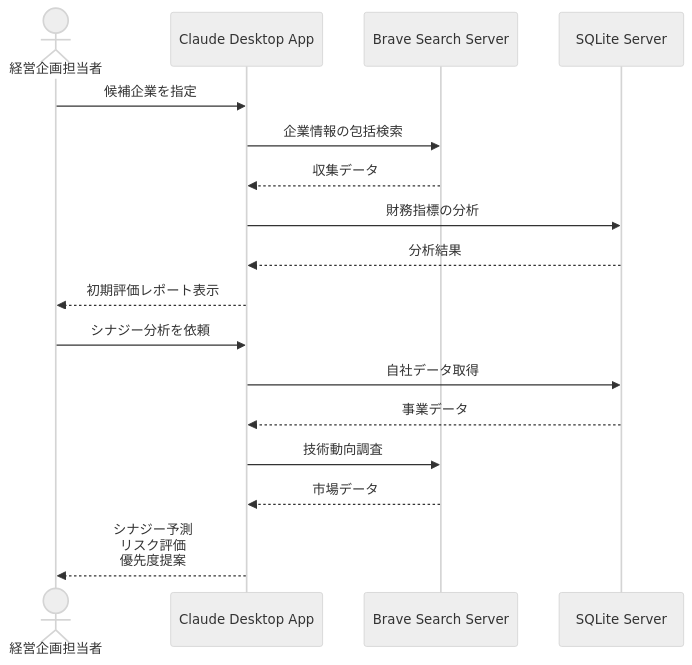
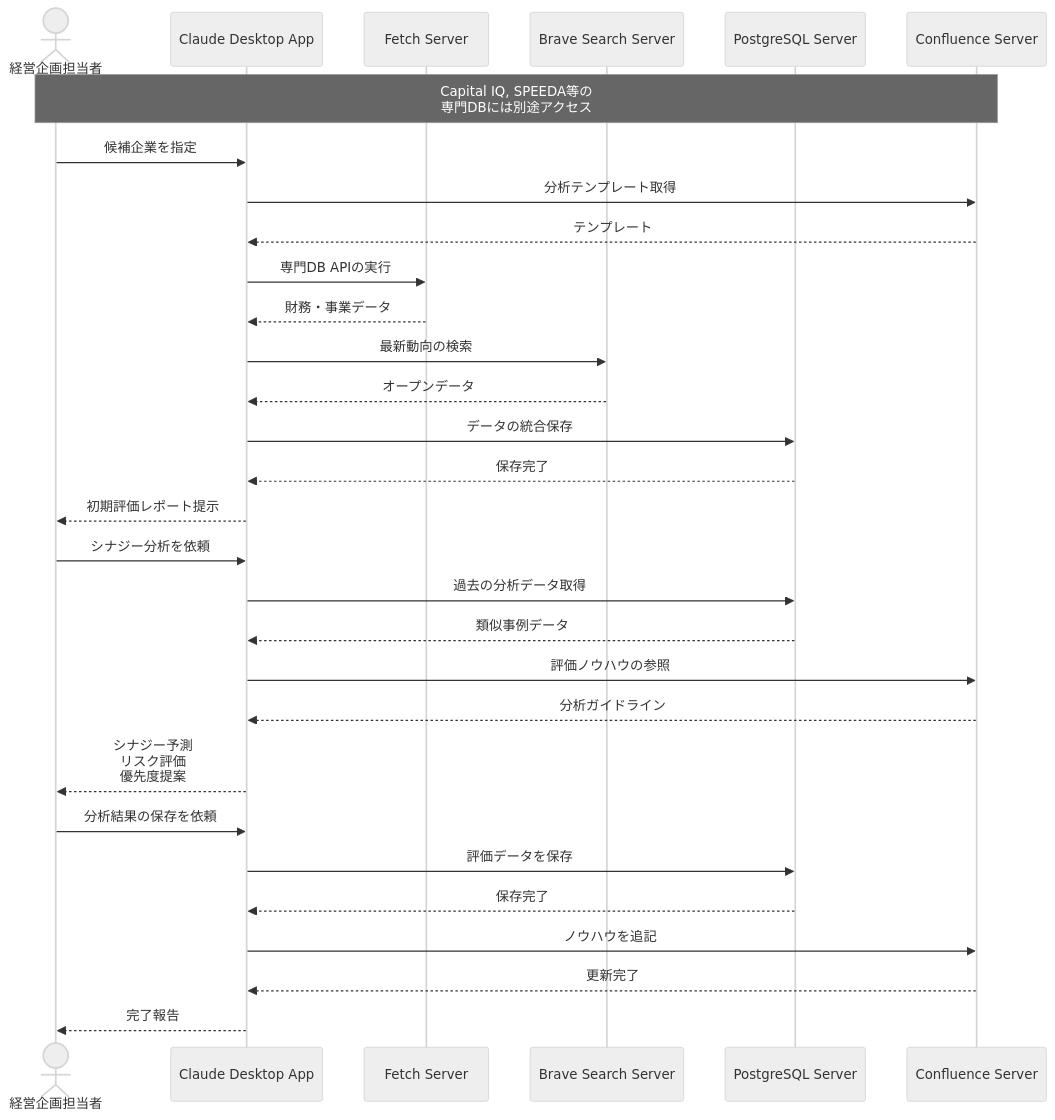
One commit to po-shu/mcp-100-ideas changed the diagram in docs/07_経営・企画/M&A候補企業の分析を効率化する.md. Above: the diagram before and after it, drawn with Mermaid (neutral theme). The commit also changed other lines of this file and 2 other files, not shown here.

Commit message:
docs: 02,07 stop!! hallucination, 07 in progress

````diff
--- a/docs/07_経営・企画/M&A候補企業の分析を効率化する.md
+++ b/docs/07_経営・企画/M&A候補企業の分析を効率化する.md
@@ -16,21 +18,36 @@
 ```mermaid
 sequenceDiagram
     actor User as 経営企画担当者
     participant MCP as Claude Desktop App
+    participant Fetch as Fetch Server
     participant Brave as Brave Search Server
-    participant DB as SQLite Server
+    participant DB as PostgreSQL Server
+    participant Wiki as Confluence Server
+
+    note over User,Wiki: Capital IQ, SPEEDA等の<br>専門DBには別途アクセス
 
     User->>MCP: 候補企業を指定
-    MCP->>Brave: 企業情報の包括検索
-    Brave-->>MCP: 収集データ
-    MCP->>DB: 財務指標の分析
-    DB-->>MCP: 分析結果
-    MCP-->>User: 初期評価レポート表示
+    MCP->>Wiki: 分析テンプレート取得
+    Wiki-->>MCP: テンプレート
+    MCP->>Fetch: 専門DB APIの実行
+    Fetch-->>MCP: 財務・事業データ
+    MCP->>Brave: 最新動向の検索
+    Brave-->>MCP: オープンデータ
+    MCP->>DB: データの統合保存
+    DB-->>MCP: 保存完了
+    MCP-->>User: 初期評価レポート提示
 
     User->>MCP: シナジー分析を依頼
-    MCP->>DB: 自社データ取得
-    DB-->>MCP: 事業データ
-    MCP->>Brave: 技術動向調査
-    Brave-->>MCP: 市場データ
+    MCP->>DB: 過去の分析データ取得
+    DB-->>MCP: 類似事例データ
+    MCP->>Wiki: 評価ノウハウの参照
+    Wiki-->>MCP: 分析ガイドライン
     MCP-->>User: シナジー予測<br>リスク評価<br>優先度提案
+
+    User->>MCP: 分析結果の保存を依頼
+    MCP->>DB: 評価データを保存
+    DB-->>MCP: 保存完了
+    MCP->>Wiki: ノウハウを追記
+    Wiki-->>MCP: 更新完了
+    MCP-->>User: 完了報告
 ```
````
